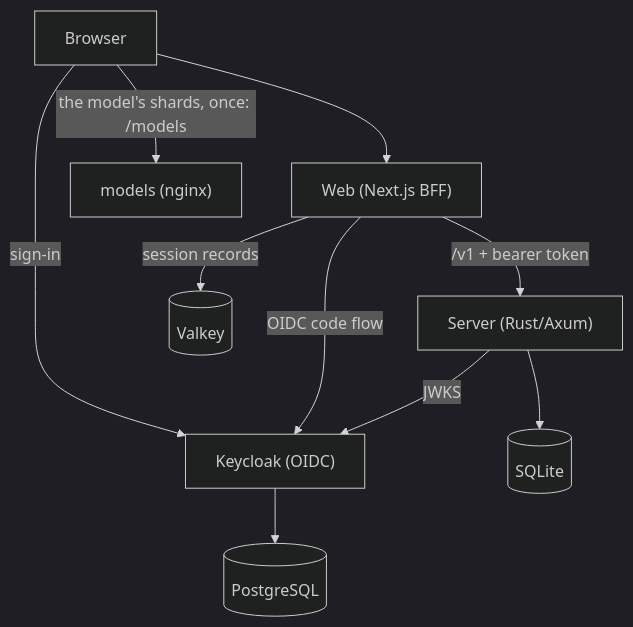
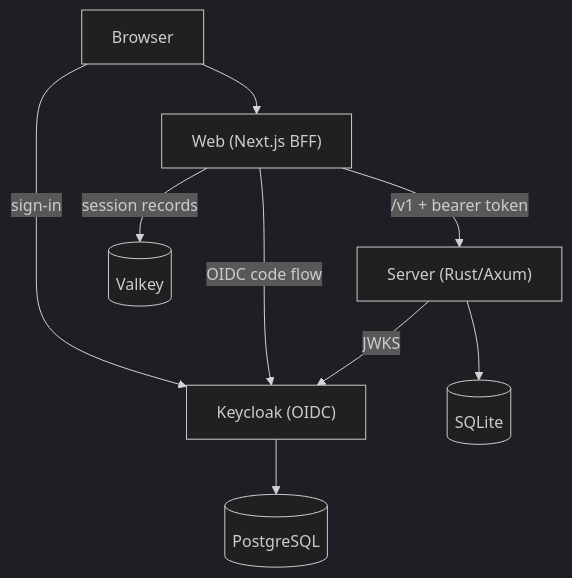
Before and after one commit to Kanzo-Tech/keasy: the diagram in README.md, drawn with Mermaid (dark theme). The commit also changed other lines of this file and 171 other files, not shown here.

````diff
--- a/README.md
+++ b/README.md
@@ -153,12 +154,11 @@
 ```mermaid
 graph TD
     Browser --> Web["Web (Next.js BFF)"]
     Browser -->|"sign-in"| Keycloak["Keycloak (OIDC)"]
     Web -->|"/v1 + bearer token"| Server["Server (Rust/Axum)"]
     Web -->|"OIDC code flow"| Keycloak
     Web -->|"session records"| Valkey[("Valkey")]
     Server -->|"JWKS"| Keycloak
     Server --> SQLite[("SQLite")]
-    Browser -->|"the model's shards, once: /models"| Models["models (nginx)"]
     Keycloak --> PostgreSQL[("PostgreSQL")]
 ```
````
